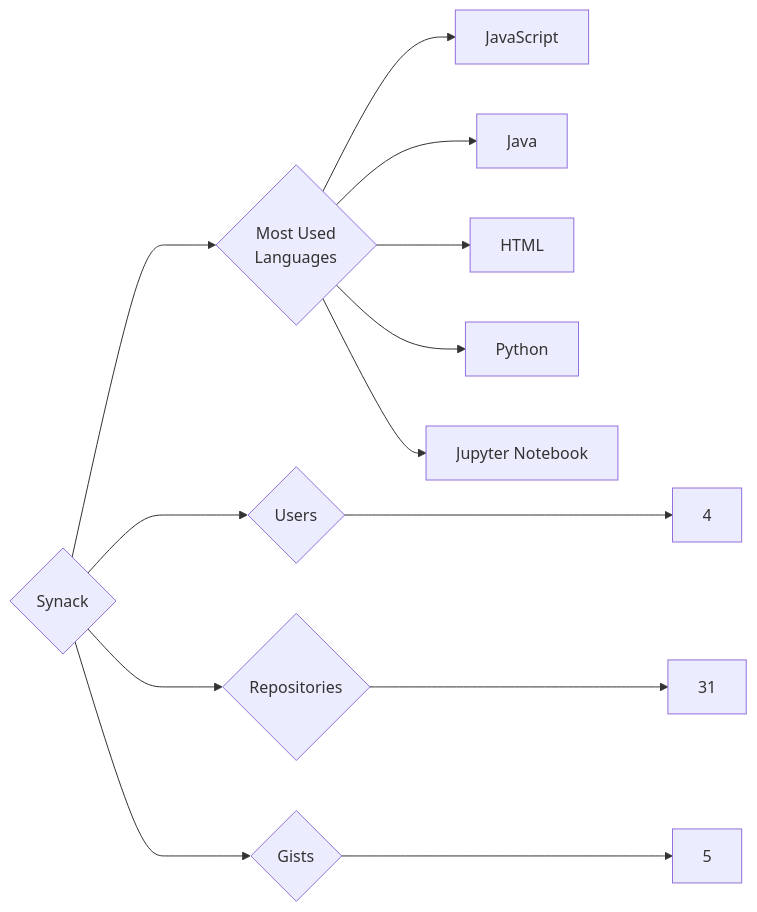
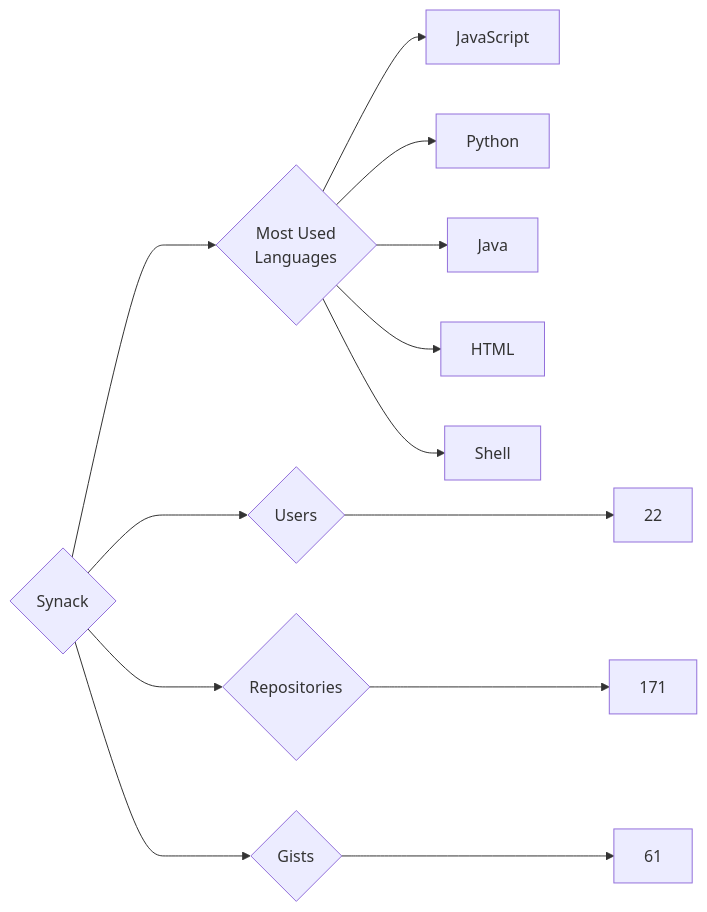
The diagram in targets/Synack/README.md (trickest/insiders), drawn with Mermaid before and after one commit. The commit also changed 851 other files, not shown here.

````diff
--- a/targets/Synack/README.md
+++ b/targets/Synack/README.md
@@ -3,13 +3,13 @@
 ```mermaid
 graph LR
 COMPANY_NAME{Synack}
-COMPANY_NAME ---> U{Users} ---> UN[4]
-COMPANY_NAME ---> R{Repositories} ---> RN[31]
-COMPANY_NAME ---> G{Gists} ---> GN[5]
+COMPANY_NAME ---> U{Users} ---> UN[22]
+COMPANY_NAME ---> R{Repositories} ---> RN[171]
+COMPANY_NAME ---> G{Gists} ---> GN[61]
 COMPANY_NAME ---> ML{Most Used<br>Languages}
 ML --> JavaScript[JavaScript]
+ML --> Python[Python]
 ML --> Java[Java]
 ML --> HTML[HTML]
-ML --> Python[Python]
-ML --> Jupyter_Notebook[Jupyter Notebook]
+ML --> Shell[Shell]
 ```
````
